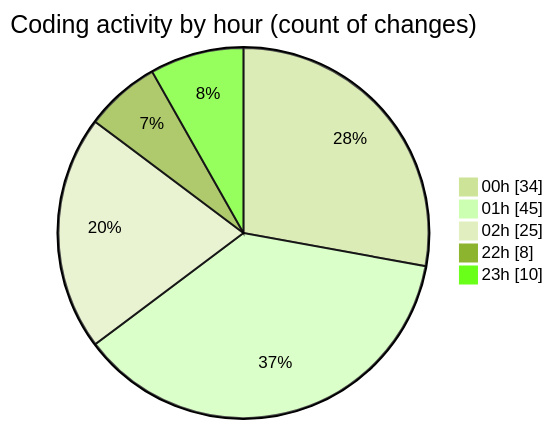
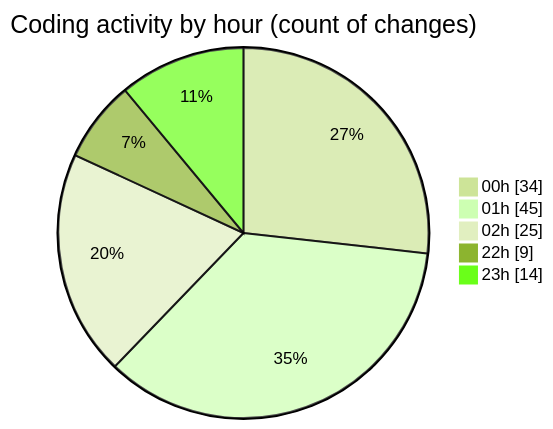
The second of 2 diagrams in 2025-07-15/nhahang/README.md (lephambinh05/code-tracking), drawn with Mermaid (forest theme) before and after one commit. The commit also changed other lines of this file and 1 other file, not shown here.

````diff
--- a/2025-07-15/nhahang/README.md
+++ b/2025-07-15/nhahang/README.md
@@ -86,9 +88,9 @@
 ```mermaid
 pie showData
 title Coding activity by hour (count of changes)
 "00h" : 34
 "01h" : 45
 "02h" : 25
-"22h" : 8
-"23h" : 10
+"22h" : 9
+"23h" : 14
 ```
````
